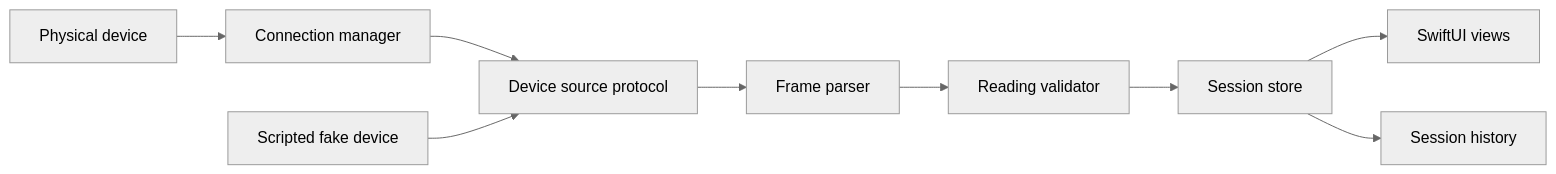
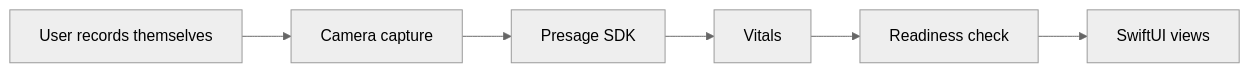
One commit to tylerp63/updated-portfolio changed the diagram in content/vitaledge.mdx. Above: the diagram before and after it, drawn with Mermaid (neutral theme). The commit also changed other lines of this file and 9 other files, not shown here.

````diff
--- a/content/vitaledge.mdx
+++ b/content/vitaledge.mdx
@@ -18,11 +21,8 @@
 ```mermaid
 flowchart LR
-  HW[Physical device] --> Link[Connection manager]
-  Link --> Source[Device source protocol]
-  Sim[Scripted fake device] --> Source
-  Source --> Parser[Frame parser]
-  Parser --> Validate[Reading validator]
-  Validate --> Store[Session store]
-  Store --> Views[SwiftUI views]
-  Store --> History[Session history]
+  User[User records themselves] --> Cam[Camera capture]
+  Cam --> SDK[Presage SDK]
+  SDK --> Vitals[Vitals]
+  Vitals --> Readiness[Readiness check]
+  Readiness --> Views[SwiftUI views]
 ```
````
